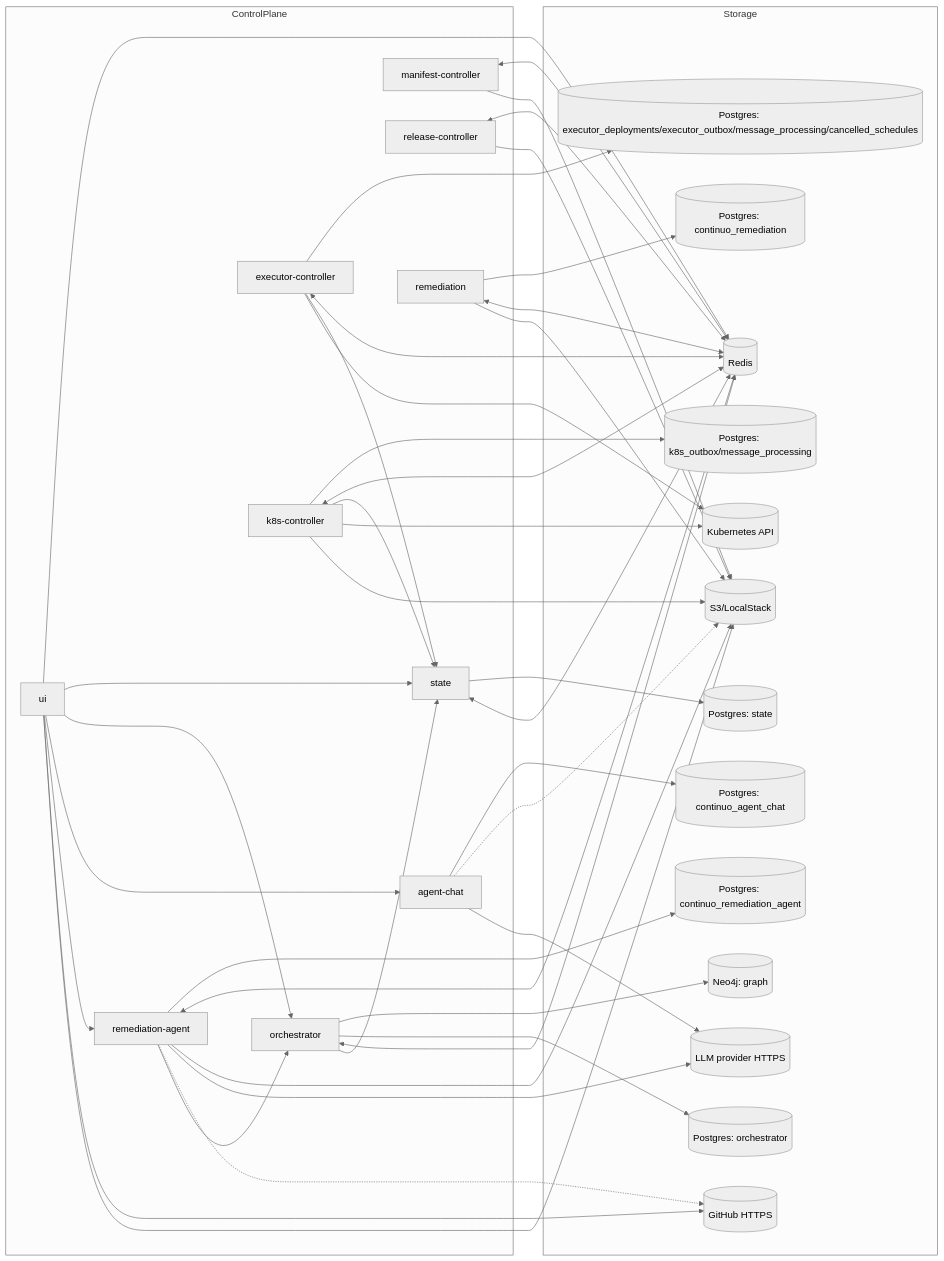
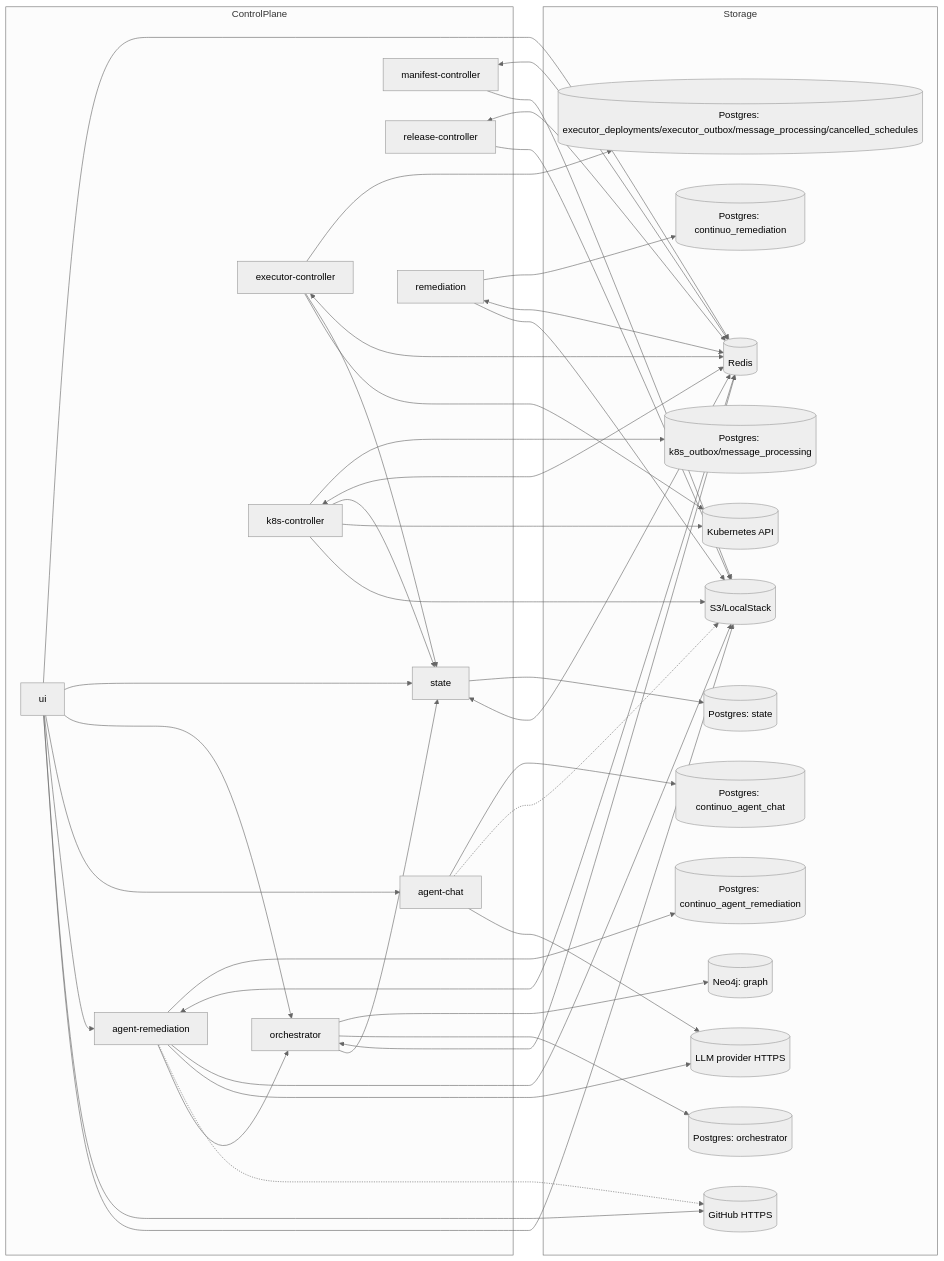
Before and after one commit to carolsimone/continuo: the first of 2 diagrams in docs/arch/01-topology.md, drawn with Mermaid (neutral theme). The commit also changed other lines of this file and 291 other files, not shown here.

First line of the commit message:
refactor!: rename remediation-agent to agent-remediation (#457)

````diff
--- a/docs/arch/01-topology.md
+++ b/docs/arch/01-topology.md
@@ -5,73 +5,73 @@
 ```mermaid
 flowchart LR
   subgraph ControlPlane
     ST[state]
     OR[orchestrator]
     EC[executor-controller]
     KC[k8s-controller]
     MC[manifest-controller]
     RC[release-controller]
     UI[ui]
     AR[agent-chat]
     REM[remediation]
-    REMA[remediation-agent]
+    REMA[agent-remediation]
   end
 
   subgraph Storage
     STDB[(Postgres: state)]
     ORPG[(Postgres: orchestrator)]
     GRDB[(Neo4j: graph)]
     ECPG[(Postgres: executor_deployments/executor_outbox/message_processing/cancelled_schedules)]
     KCPG[(Postgres: k8s_outbox/message_processing)]
     AGPG[(Postgres: continuo_agent_chat)]
     REMPG[(Postgres: continuo_remediation)]
-    REMAGPG[(Postgres: continuo_remediation_agent)]
+    REMAGPG[(Postgres: continuo_agent_remediation)]
     S3[(S3/LocalStack)]
     K8S[(Kubernetes API)]
     R[(Redis)]
     LLM[(LLM provider HTTPS)]
     GH[(GitHub HTTPS)]
   end
 
   ST --> STDB
   OR --> GRDB
   OR --> ORPG
   EC --> ECPG
   KC --> KCPG
   AR --> AGPG
   REM --> REMPG
   REMA --> REMAGPG
 
   ST <--> R
   OR <--> R
   EC <--> R
   KC <--> R
   MC <--> R
   RC <--> R
   UI --> R
   REM <--> R
   REMA <--> R
 
   OR --> ST
   EC --> ST
   KC --> ST
   UI --> ST
   UI --> OR
   UI --> AR
   UI --> REMA
   UI --> GH
 
   EC --> K8S
   KC --> K8S
   KC --> S3
   MC --> S3
   RC --> S3
   AR -.-> S3
   AR --> LLM
   REM --> S3
   REMA --> S3
   REMA --> LLM
   REMA -.-> GH
   REMA --> OR
   UI --> S3
 ```
````
